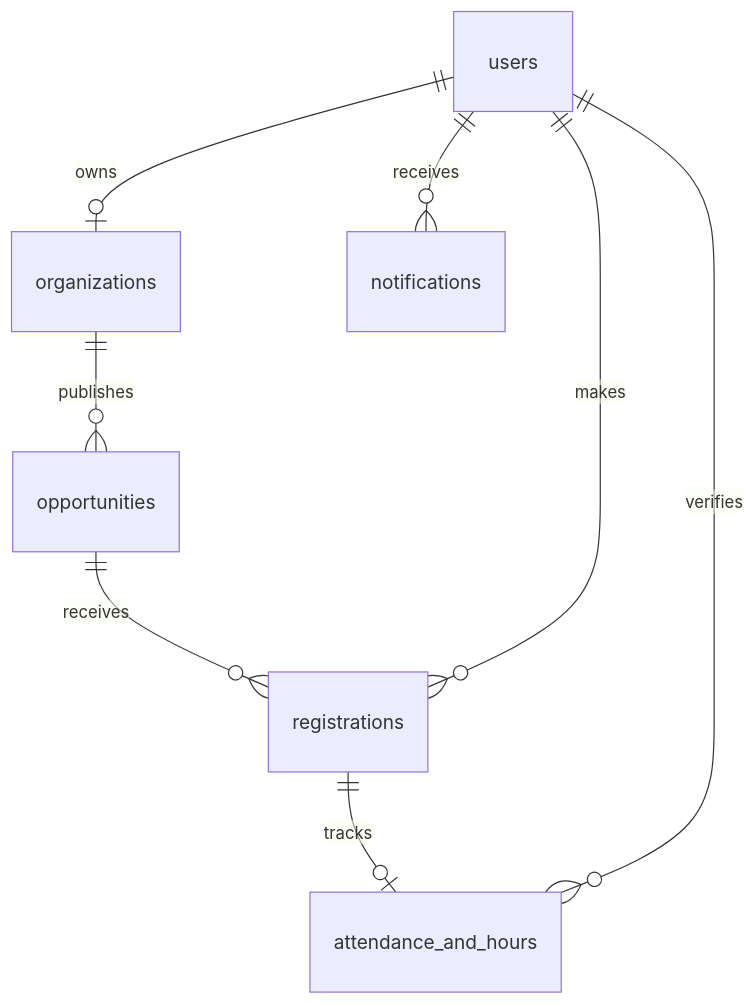
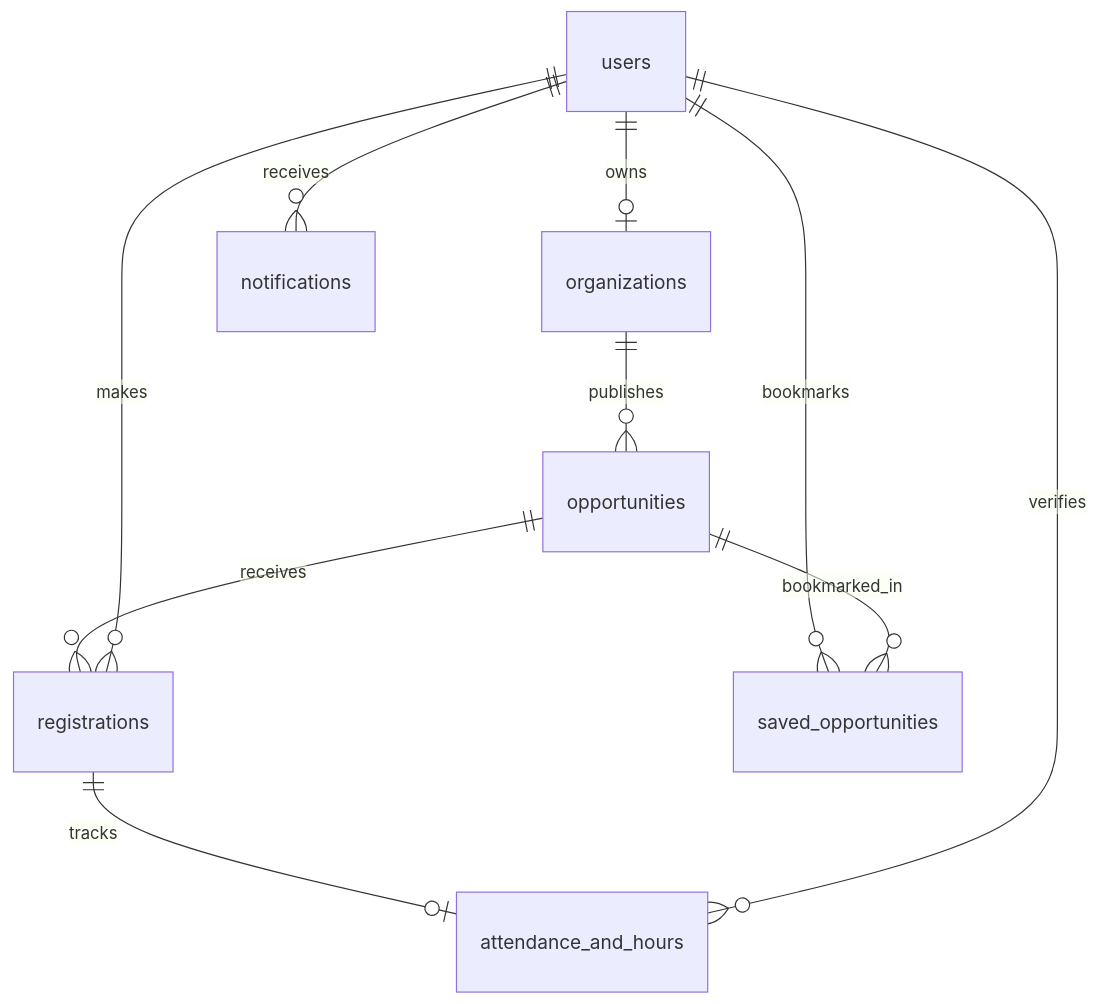
The diagram in DATABASE_SCHEMA.md (luoijin/HelpHive), drawn with Mermaid before and after one commit. The commit also changed other lines of this file and 24 other files, not shown here.

````diff
--- a/DATABASE_SCHEMA.md
+++ b/DATABASE_SCHEMA.md
@@ -13,10 +13,12 @@
 ```mermaid
 erDiagram
     users ||--o| organizations : "owns"
     organizations ||--o{ opportunities : "publishes"
     opportunities ||--o{ registrations : "receives"
     users ||--o{ registrations : "makes"
     registrations ||--o| attendance_and_hours : "tracks"
     users ||--o{ attendance_and_hours : "verifies"
     users ||--o{ notifications : "receives"
+    users ||--o{ saved_opportunities : "bookmarks"
+    opportunities ||--o{ saved_opportunities : "bookmarked_in"
 ```
````
